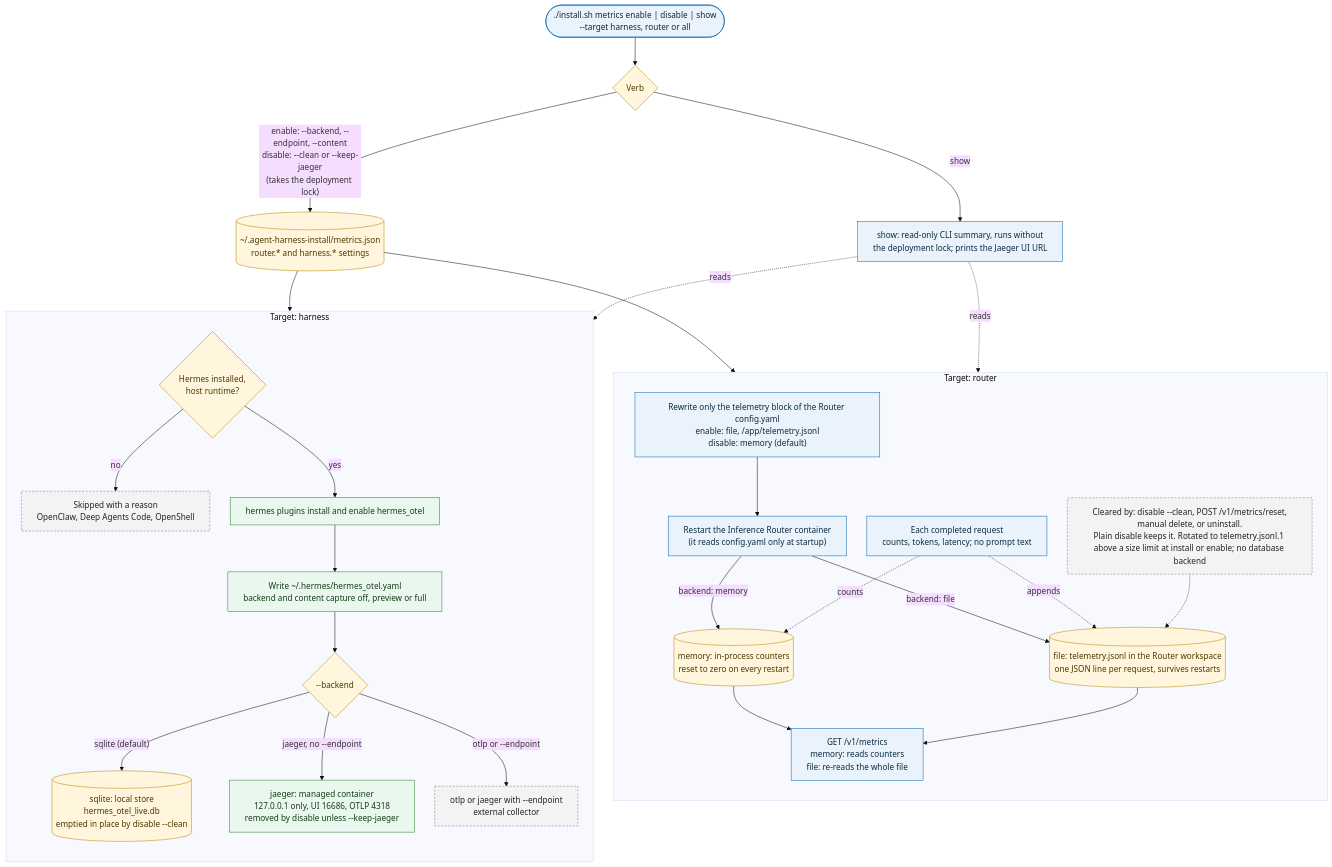
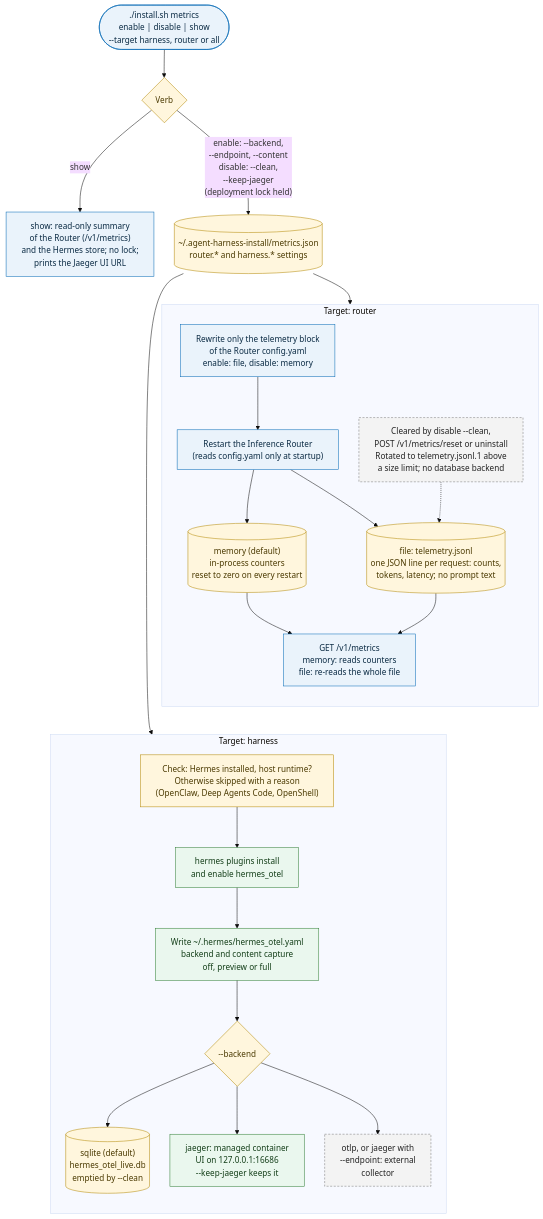
One commit to open-edge-platform/edge-ai-libraries changed the third of 4 diagrams in frameworks/agent-harness-install/README.md. Above: the diagram before and after it, drawn with Mermaid (base theme).

Commit message:
docs(agent-harness): make the telemetry diagram readable
The telemetry flow diagram laid the router and harness targets out side by
side, so it was about 3000px wide and Mermaid scaled its text down to about
30% on the README page. Stack the two targets vertically, shorten the node
and edge labels and fold the skipped-agent branch into the check node. The
diagram is now about 980px wide, so its text renders at about 90%, in line
with the other diagrams. No content is removed from the user guide.

````diff
--- a/frameworks/agent-harness-install/README.md
+++ b/frameworks/agent-harness-install/README.md
@@ -196,58 +196,52 @@
 ```mermaid
 %%{init: {"flowchart": {"wrappingWidth": 420, "nodeSpacing": 40, "rankSpacing": 55, "curve": "basis"}}}%%
 flowchart TD
     classDef step fill:#EAF3FB,stroke:#0068B5,color:#0A2A43
     classDef decision fill:#FFF6DD,stroke:#B38600,color:#4A3900
     classDef agent fill:#EAF7EE,stroke:#2E7D32,color:#123D17
     classDef store fill:#FFF6DD,stroke:#B38600,color:#4A3900
     classDef ext fill:#F3F3F3,stroke:#777777,color:#222222,stroke-dasharray: 4 3
 
-    CMD(["./install.sh metrics enable | disable | show<br/>--target harness, router or all"]):::step
+    CMD(["./install.sh metrics<br/>enable | disable | show<br/>--target harness, router or all"]):::step
     LOCK{"Verb"}:::decision
-    SHOWN["show: read-only CLI summary, runs without<br/>the deployment lock; prints the Jaeger UI URL"]:::step
+    SHOWN["show: read-only summary<br/>of the Router (/v1/metrics)<br/>and the Hermes store; no lock;<br/>prints the Jaeger UI URL"]:::step
     STATE[("~/.agent-harness-install/metrics.json<br/>router.* and harness.* settings")]:::store
 
     CMD --> LOCK
-    LOCK -- "enable: --backend, --endpoint, --content<br/>disable: --clean or --keep-jaeger<br/>(takes the deployment lock)" --> STATE
     LOCK -- "show" --> SHOWN
+    LOCK -- "enable: --backend,<br/>--endpoint, --content<br/>disable: --clean,<br/>--keep-jaeger<br/>(deployment lock held)" --> STATE
 
     subgraph RT["Target: router"]
         direction TB
-        RCFG["Rewrite only the telemetry block of the Router config.yaml<br/>enable: file, /app/telemetry.jsonl<br/>disable: memory (default)"]:::step
-        RIR["Restart the Inference Router container<br/>(it reads config.yaml only at startup)"]:::step
-        RREQ["Each completed request<br/>counts, tokens, latency; no prompt text"]:::step
-        RMEM[("memory: in-process counters<br/>reset to zero on every restart")]:::store
-        RJSONL[("file: telemetry.jsonl in the Router workspace<br/>one JSON line per request, survives restarts")]:::store
+        RCFG["Rewrite only the telemetry block<br/>of the Router config.yaml<br/>enable: file, disable: memory"]:::step
+        RIR["Restart the Inference Router<br/>(reads config.yaml only at startup)"]:::step
+        RMEM[("memory (default)<br/>in-process counters<br/>reset to zero on every restart")]:::store
+        RJSONL[("file: telemetry.jsonl<br/>one JSON line per request: counts,<br/>tokens, latency; no prompt text")]:::store
         RAPI["GET /v1/metrics<br/>memory: reads counters<br/>file: re-reads the whole file"]:::step
-        RCLR["Cleared by: disable --clean, POST /v1/metrics/reset,<br/>manual delete, or uninstall.<br/>Plain disable keeps it. Rotated to telemetry.jsonl.1 above a size limit at install or enable; no database backend"]:::ext
+        RCLR["Cleared by disable --clean,<br/>POST /v1/metrics/reset or uninstall<br/>Rotated to telemetry.jsonl.1 above<br/>a size limit; no database backend"]:::ext
         RCFG --> RIR
-        RIR -- "backend: memory" --> RMEM
-        RIR -- "backend: file" --> RJSONL
-        RREQ -. "appends" .-> RJSONL
-        RREQ -. "counts" .-> RMEM
+        RIR --> RMEM
+        RIR --> RJSONL
         RMEM --> RAPI
         RJSONL --> RAPI
         RCLR -.-> RJSONL
     end
     STATE --> RCFG
 
     subgraph HT["Target: harness"]
         direction TB
-        HCHK{"Hermes installed,<br/>host runtime?"}:::decision
-        HSKIP["Skipped with a reason<br/>OpenClaw, Deep Agents Code, OpenShell"]:::ext
-        HPLUG["hermes plugins install and enable hermes_otel"]:::agent
-        HCFG["Write ~/.hermes/hermes_otel.yaml<br/>backend and content capture off, preview or full"]:::agent
+        HCHK["Check: Hermes installed, host runtime?<br/>Otherwise skipped with a reason<br/>(OpenClaw, Deep Agents Code, OpenShell)"]:::decision
+        HPLUG["hermes plugins install<br/>and enable hermes_otel"]:::agent
+        HCFG["Write ~/.hermes/hermes_otel.yaml<br/>backend and content capture<br/>off, preview or full"]:::agent
         HBE{"--backend"}:::decision
-        HSQL[("sqlite: local store<br/>hermes_otel_live.db<br/>emptied in place by disable --clean")]:::store
-        HJ["jaeger: managed container<br/>127.0.0.1 only, UI 16686, OTLP 4318<br/>removed by disable unless --keep-jaeger"]:::agent
-        HO["otlp or jaeger with --endpoint<br/>external collector"]:::ext
-        HCHK -- "no" --> HSKIP
-        HCHK -- "yes" --> HPLUG --> HCFG --> HBE
-        HBE -- "sqlite (default)" --> HSQL
-        HBE -- "jaeger, no --endpoint" --> HJ
-        HBE -- "otlp or --endpoint" --> HO
+        HSQL[("sqlite (default)<br/>hermes_otel_live.db<br/>emptied by --clean")]:::store
+        HJ["jaeger: managed container<br/>UI on 127.0.0.1:16686<br/>--keep-jaeger keeps it"]:::agent
+        HO["otlp, or jaeger with<br/>--endpoint: external<br/>collector"]:::ext
+        HCHK --> HPLUG --> HCFG --> HBE
+        HBE --> HSQL
+        HBE --> HJ
+        HBE --> HO
     end
+    RAPI ~~~ HCHK
     STATE --> HCHK
-    SHOWN -. "reads" .-> RAPI
-    SHOWN -. "reads" .-> HSQL
 ```
````
